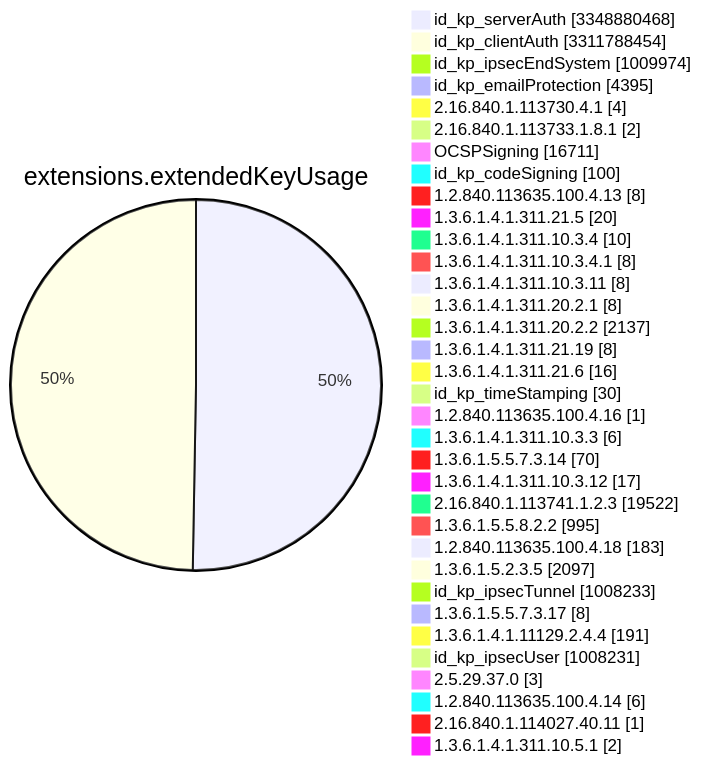
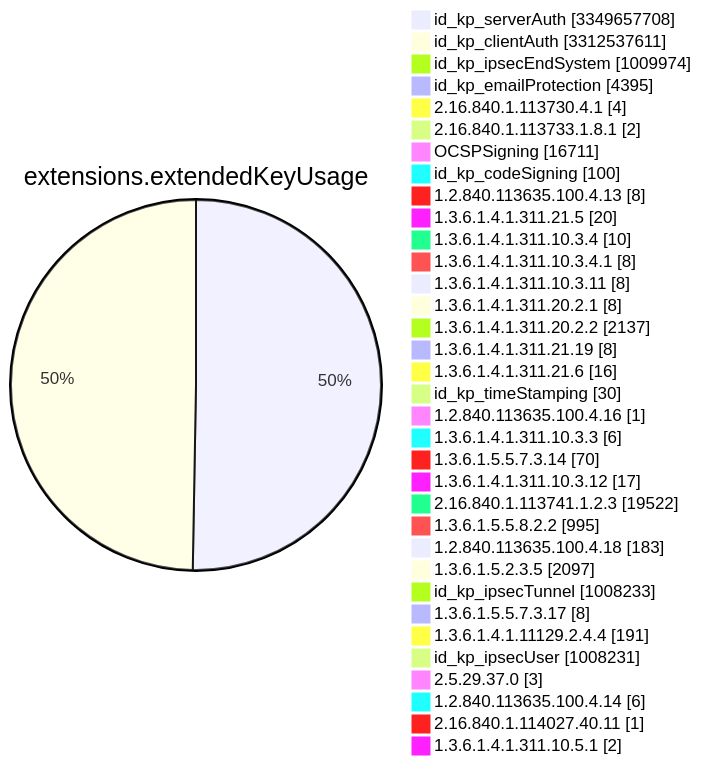
Before and after one commit to christiankrug/ctmonitor_visualization: diagram 11 of 15 in TOTAL/README.md, drawn with Mermaid. The commit also changed other lines of this file, not shown here.

````diff
--- a/TOTAL/README.md
+++ b/TOTAL/README.md
@@ -4120,38 +4120,38 @@
 ```mermaid
 pie showData
 title extensions.extendedKeyUsage
-"id_kp_serverAuth" :3348880468
-"id_kp_clientAuth" :3311788454
+"id_kp_serverAuth" :3349657708
+"id_kp_clientAuth" :3312537611
 "id_kp_ipsecEndSystem" :1009974
 "id_kp_emailProtection" :4395
 "2.16.840.1.113730.4.1" :4
 "2.16.840.1.113733.1.8.1" :2
 "OCSPSigning" :16711
 "id_kp_codeSigning" :100
 "1.2.840.113635.100.4.13" :8
 "1.3.6.1.4.1.311.21.5" :20
 "1.3.6.1.4.1.311.10.3.4" :10
 "1.3.6.1.4.1.311.10.3.4.1" :8
 "1.3.6.1.4.1.311.10.3.11" :8
 "1.3.6.1.4.1.311.20.2.1" :8
 "1.3.6.1.4.1.311.20.2.2" :2137
 "1.3.6.1.4.1.311.21.19" :8
 "1.3.6.1.4.1.311.21.6" :16
 "id_kp_timeStamping" :30
 "1.2.840.113635.100.4.16" :1
 "1.3.6.1.4.1.311.10.3.3" :6
 "1.3.6.1.5.5.7.3.14" :70
 "1.3.6.1.4.1.311.10.3.12" :17
 "2.16.840.1.113741.1.2.3" :19522
 "1.3.6.1.5.5.8.2.2" :995
 "1.2.840.113635.100.4.18" :183
 "1.3.6.1.5.2.3.5" :2097
 "id_kp_ipsecTunnel" :1008233
 "1.3.6.1.5.5.7.3.17" :8
 "1.3.6.1.4.1.11129.2.4.4" :191
 "id_kp_ipsecUser" :1008231
 "2.5.29.37.0" :3
 "1.2.840.113635.100.4.14" :6
 "2.16.840.1.114027.40.11" :1
 "1.3.6.1.4.1.311.10.5.1" :2
 ```
````
